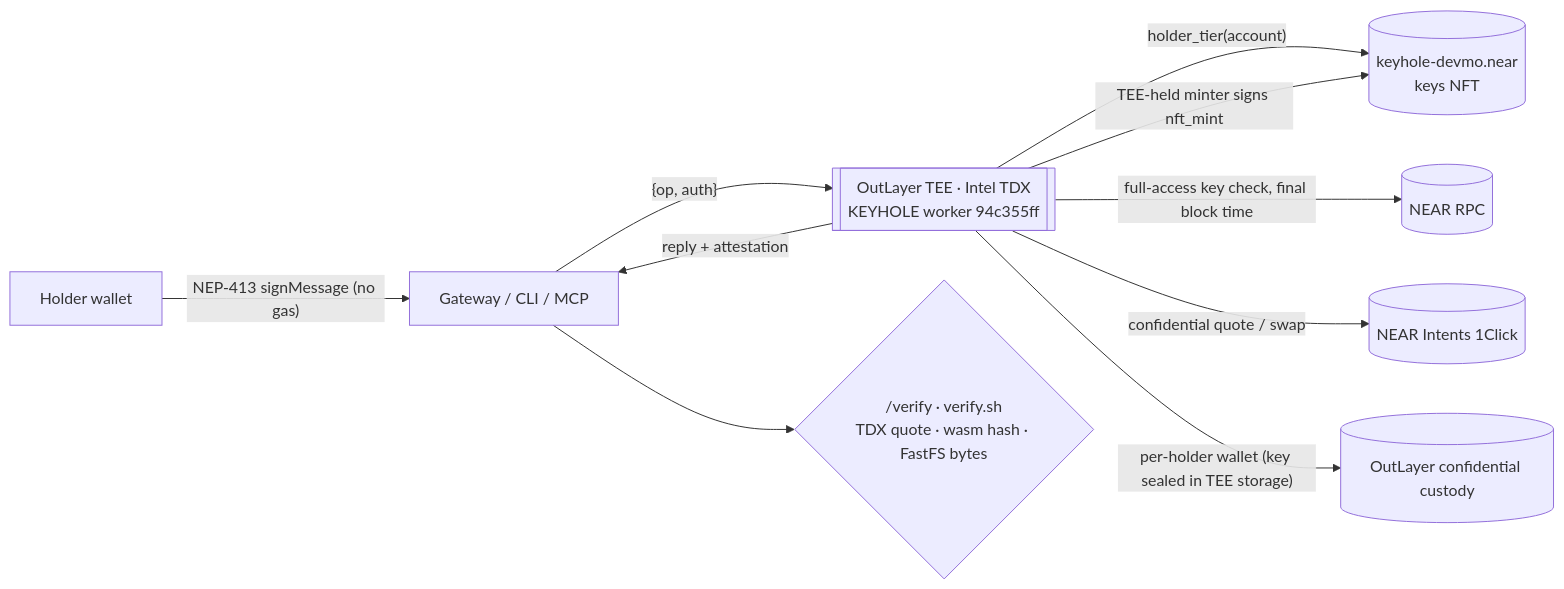
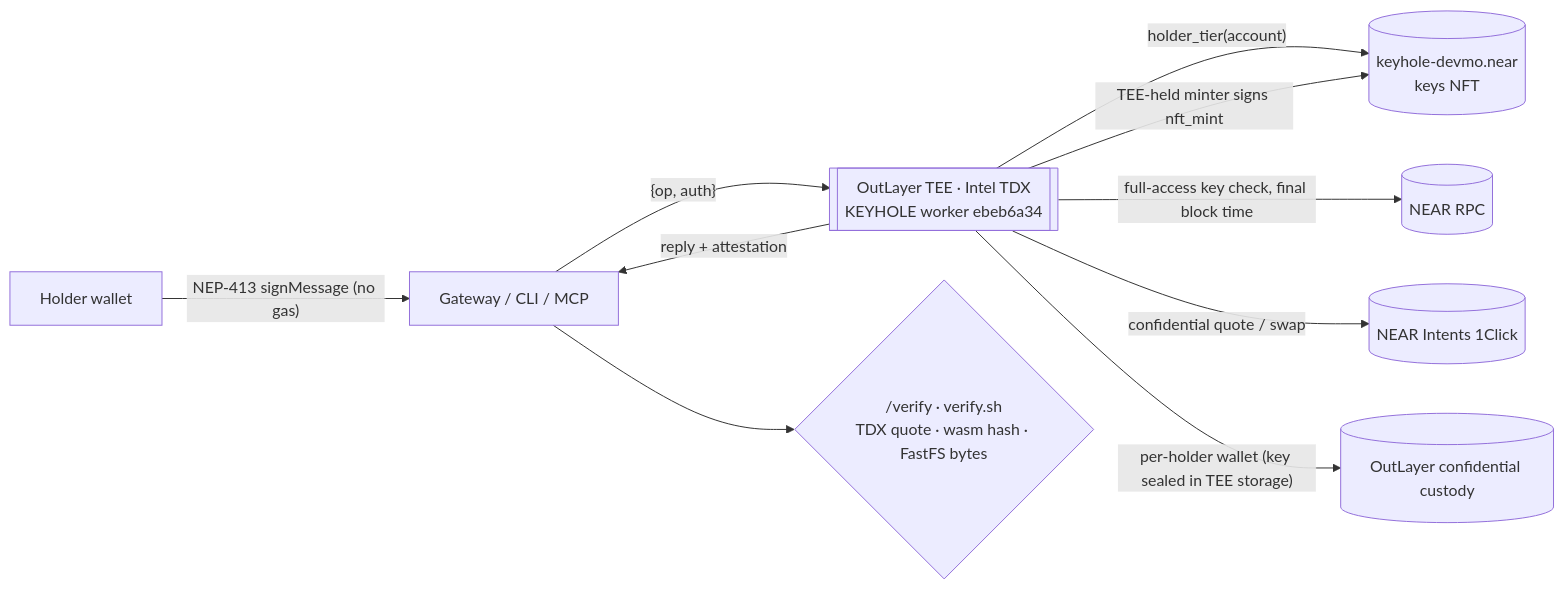
Before and after one commit to mohamedwael201193/keyhole: the first of 2 diagrams in README.md, drawn with Mermaid. The commit also changed other lines of this file and 24 other files, not shown here.

First line of the commit message:
chore(identity): worker ebeb6a34 live with pinned 5650a6b7 evidence (#135)

````diff
--- a/README.md
+++ b/README.md
@@ -190,12 +190,12 @@
 ```mermaid
 flowchart LR
   H[Holder wallet] -- "NEP-413 signMessage (no gas)" --> G[Gateway / CLI / MCP]
-  G -- "{op, auth}" --> T[[OutLayer TEE · Intel TDX<br/>KEYHOLE worker 94c355ff]]
+  G -- "{op, auth}" --> T[[OutLayer TEE · Intel TDX<br/>KEYHOLE worker ebeb6a34]]
   T -- "holder_tier(account)" --> C[(keyhole-devmo.near<br/>keys NFT)]
   T -- "full-access key check, final block time" --> N[(NEAR RPC)]
   T -- "confidential quote / swap" --> I[(NEAR Intents 1Click)]
   T -- "per-holder wallet (key sealed in TEE storage)" --> W[(OutLayer confidential custody)]
   T -- "TEE-held minter signs nft_mint" --> C
   T -- "reply + attestation" --> G
   G --> V{"/verify · verify.sh<br/>TDX quote · wasm hash · FastFS bytes"}
 ```
````
